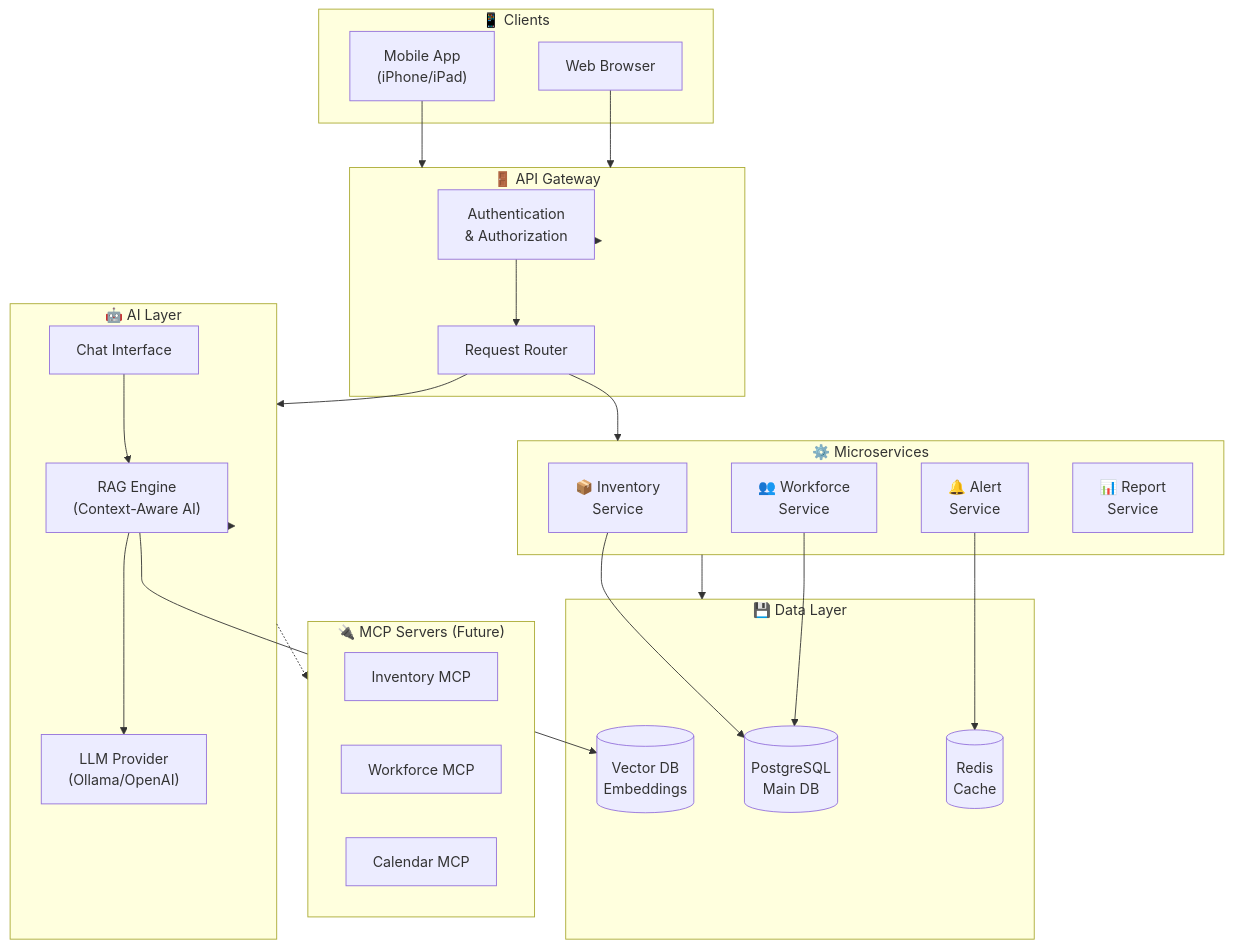
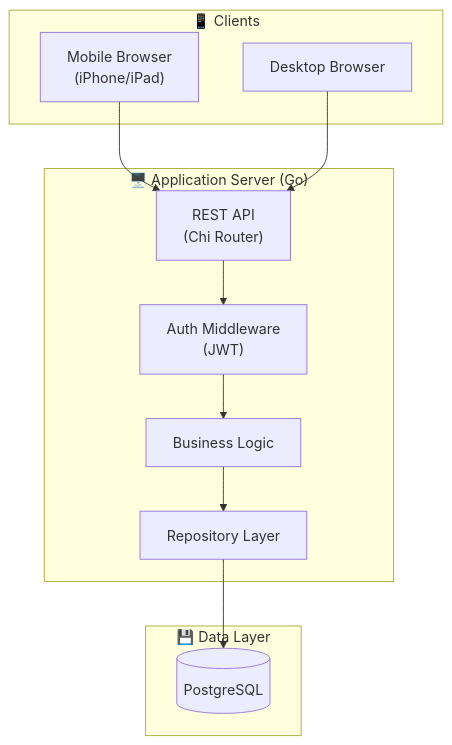
One commit to mennyaboush/restaurant-inventory-ai changed the first of 3 diagrams in docs/ARCHITECTURE.md. Above: the diagram before and after it, drawn with Mermaid. The commit also changed other lines of this file and 6 other files, not shown here.

Commit message:
docs: Align documentation with MVP implementation - simplified architecture, realistic scope

````diff
--- a/docs/ARCHITECTURE.md
+++ b/docs/ARCHITECTURE.md
@@ -5,53 +14,25 @@
 ```mermaid
 flowchart TB
     subgraph Clients["📱 Clients"]
-        Mobile["Mobile App<br/>(iPhone/iPad)"]
-        Web["Web Browser"]
+        Mobile["Mobile Browser<br/>(iPhone/iPad)"]
+        Desktop["Desktop Browser"]
     end
 
-    subgraph Gateway["🚪 API Gateway"]
-        Auth["Authentication<br/>& Authorization"]
-        Router["Request Router"]
-    end
-
-    subgraph AI["🤖 AI Layer"]
-        Chat["Chat Interface"]
-        RAG["RAG Engine<br/>(Context-Aware AI)"]
-        LLM["LLM Provider<br/>(Ollama/OpenAI)"]
-    end
-
-    subgraph Services["⚙️ Microservices"]
-        InvService["📦 Inventory<br/>Service"]
-        WorkService["👥 Workforce<br/>Service"]
-        AlertService["🔔 Alert<br/>Service"]
-        ReportService["📊 Report<br/>Service"]
+    subgraph Server["🖥️ Application Server (Go)"]
+        API["REST API<br/>(Chi Router)"]
+        Auth["Auth Middleware<br/>(JWT)"]
+        Service["Business Logic"]
+        Repo["Repository Layer"]
     end
 
     subgraph Data["💾 Data Layer"]
-        PostgreSQL[(PostgreSQL<br/>Main DB)]
-        Redis[(Redis<br/>Cache)]
-        VectorDB[(Vector DB<br/>Embeddings)]
+        PostgreSQL[(PostgreSQL)]
     end
 
-    subgraph MCP["🔌 MCP Servers (Future)"]
-        MCPInventory["Inventory MCP"]
-        MCPWorkforce["Workforce MCP"]
-        MCPCalendar["Calendar MCP"]
-    end
-
-    Mobile --> Gateway
-    Web --> Gateway
-    Gateway --> Auth
-    Auth --> Router
-    Router --> AI
-    Router --> Services
-    AI --> RAG
-    RAG --> LLM
-    RAG --> VectorDB
-    Chat --> RAG
-    InvService --> PostgreSQL
-    WorkService --> PostgreSQL
-    AlertService --> Redis
-    Services --> Data
-    AI -.-> MCP
+    Mobile --> API
+    Desktop --> API
+    API --> Auth
+    Auth --> Service
+    Service --> Repo
+    Repo --> PostgreSQL
 ```
````
